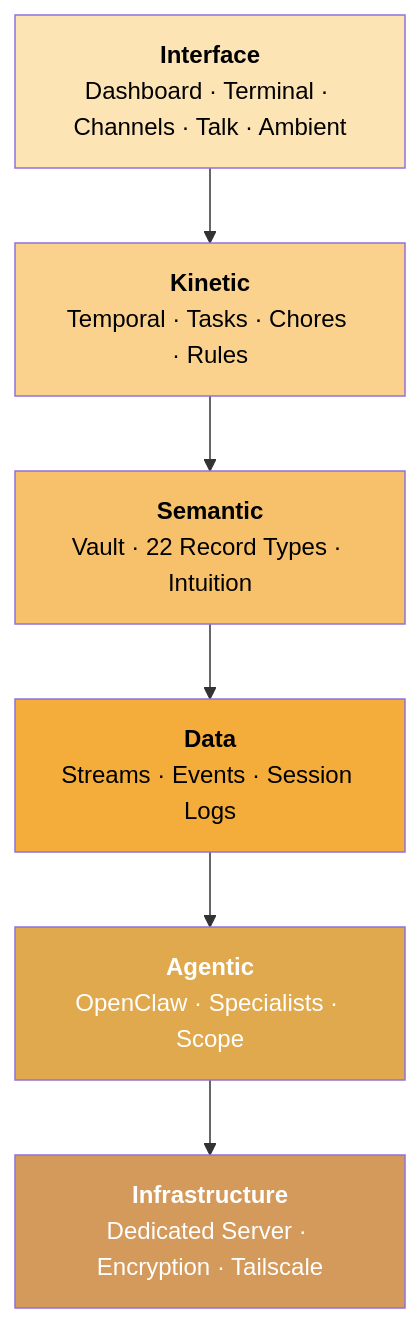
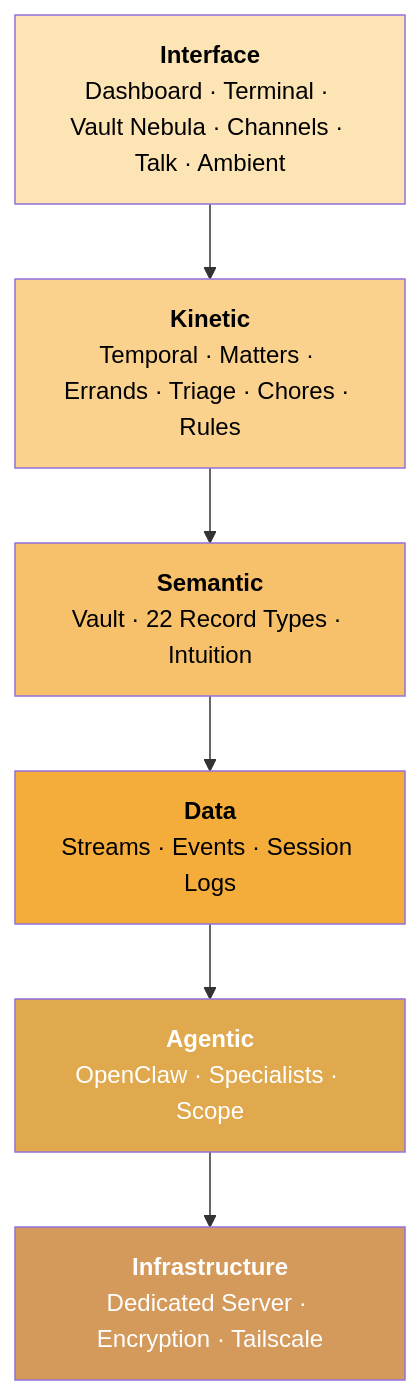
One commit to ssdavidai/alfred-documentation changed the diagram in how-it-works.mdx. Above: the diagram before and after it, drawn with Mermaid. The commit also changed other lines of this file and 14 other files, not shown here.

````diff
--- a/how-it-works.mdx
+++ b/how-it-works.mdx
@@ -9,22 +9,22 @@
 ```mermaid
 graph TB
-    L6["<b>Interface</b><br/>Dashboard · Terminal · Channels · Talk · Ambient"]
-    L5["<b>Kinetic</b><br/>Temporal · Tasks · Chores · Rules"]
+    L6["<b>Interface</b><br/>Dashboard · Terminal · Vault Nebula · Channels · Talk · Ambient"]
+    L5["<b>Kinetic</b><br/>Temporal · Matters · Errands · Triage · Chores · Rules"]
     L4["<b>Semantic</b><br/>Vault · 22 Record Types · Intuition"]
     L3["<b>Data</b><br/>Streams · Events · Session Logs"]
     L2["<b>Agentic</b><br/>OpenClaw · Specialists · Scope"]
     L1["<b>Infrastructure</b><br/>Dedicated Server · Encryption · Tailscale"]
 
     L6 --> L5
     L5 --> L4
     L4 --> L3
     L3 --> L2
     L2 --> L1
 
     style L1 fill:#d49a5b,color:#fff
     style L2 fill:#e0a94e,color:#fff
     style L3 fill:#f4ac3b,color:#000
     style L4 fill:#f7c06a,color:#000
     style L5 fill:#fad28e,color:#000
     style L6 fill:#fde4b5,color:#000
 ```
````
